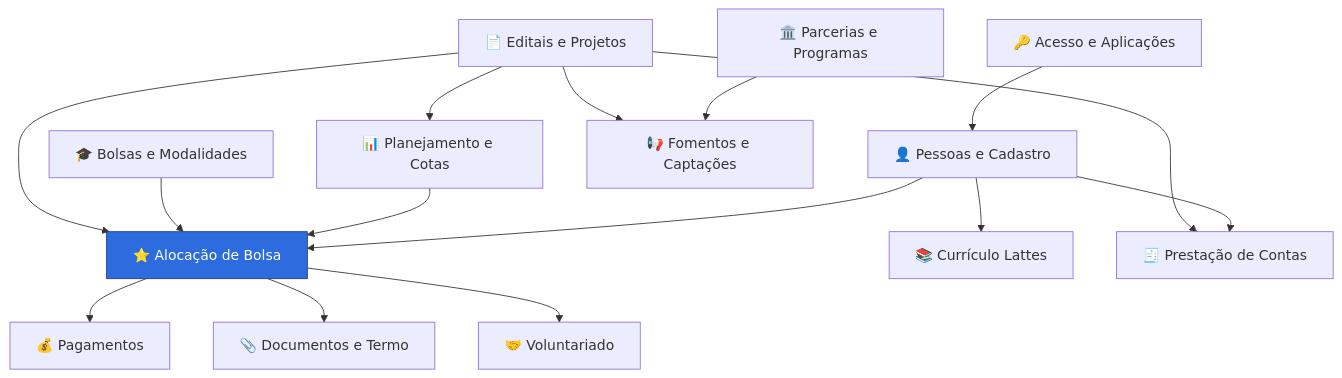
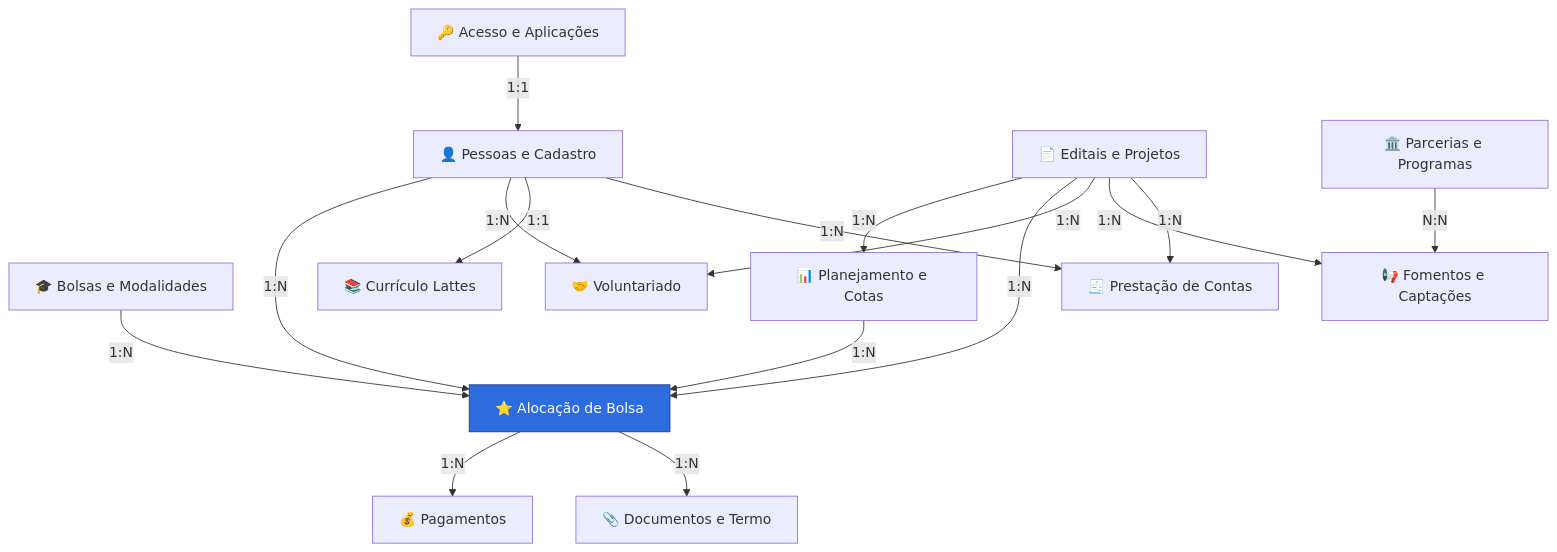
Before and after one commit to Czzped/conecta-fapes-teste: the first of 13 diagrams in docs-new/banco-de-dados/_diagramas.md, drawn with Mermaid. The commit also changed other lines of this file, not shown here.

Commit message:
docs: adiciona cardinalidades (notacao ER pe-de-galinha) aos diagramas do dominio

````diff
--- a/docs-new/banco-de-dados/_diagramas.md
+++ b/docs-new/banco-de-dados/_diagramas.md
@@ -11,34 +11,35 @@
 ```mermaid
 flowchart TB
   Pessoa["👤 Pessoas e Cadastro"]
   Acesso["🔑 Acesso e Aplicações"]
   Modal["🎓 Bolsas e Modalidades"]
   Edital["📄 Editais e Projetos"]
   Plan["📊 Planejamento e Cotas"]
   Aloc["⭐ Alocação de Bolsa"]
   Pag["💰 Pagamentos"]
   Doc["📎 Documentos e Termo"]
   Vol["🤝 Voluntariado"]
   Cur["📚 Currículo Lattes"]
   Par["🏛️ Parcerias e Programas"]
   Fom["📢 Fomentos e Captações"]
   PC["🧾 Prestação de Contas"]
 
-  Acesso --> Pessoa
-  Edital --> Plan
-  Edital --> Aloc
-  Modal --> Aloc
-  Plan --> Aloc
-  Pessoa --> Aloc
-  Aloc --> Pag
-  Aloc --> Doc
-  Aloc --> Vol
-  Pessoa --> Cur
-  Edital --> Fom
-  Par --> Fom
-  Edital --> PC
-  Pessoa --> PC
+  Acesso -->|1:1| Pessoa
+  Edital -->|1:N| Plan
+  Edital -->|1:N| Aloc
+  Modal -->|1:N| Aloc
+  Plan -->|1:N| Aloc
+  Pessoa -->|1:N| Aloc
+  Aloc -->|1:N| Pag
+  Aloc -->|1:N| Doc
+  Pessoa -->|1:N| Vol
+  Edital -->|1:N| Vol
+  Pessoa -->|1:1| Cur
+  Edital -->|1:N| Fom
+  Par -->|N:N| Fom
+  Edital -->|1:N| PC
+  Pessoa -->|1:N| PC
 
   classDef nucleo fill:#2d6cdf,stroke:#1b3f8b,color:#fff;
   class Aloc nucleo;
 ```
````
